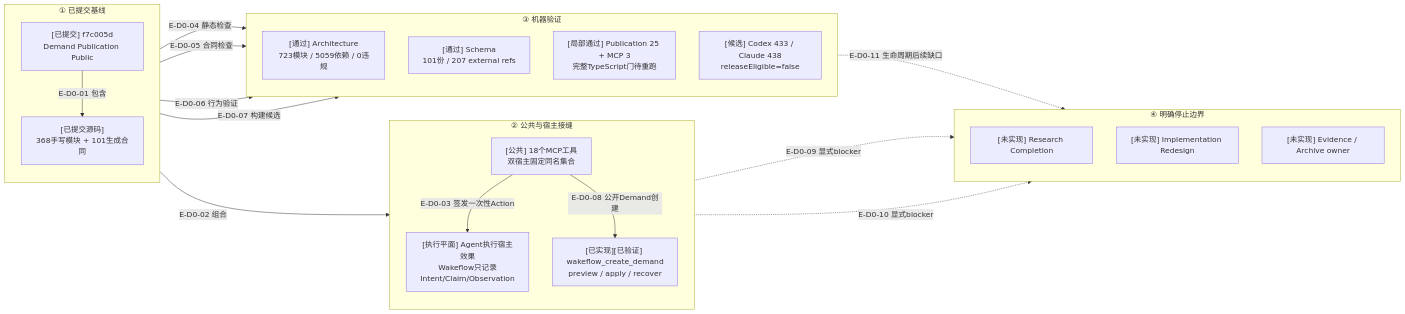
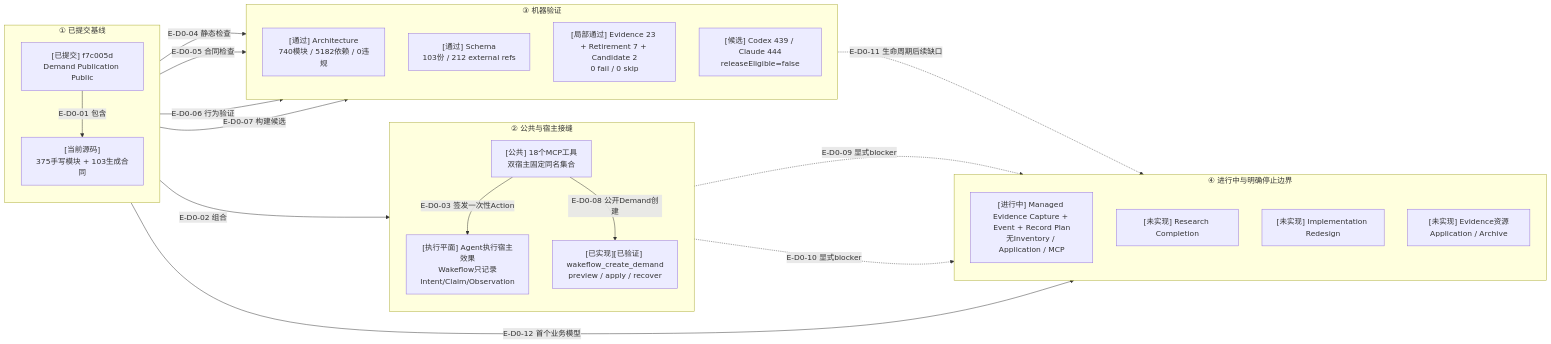
One commit to GxFn/Wakeflow changed the diagram in wakeflow-architecture-atlas/maps/01-overall-architecture/review-evidence.md. Above: the diagram before and after it, drawn with Mermaid. The commit also changed other lines of this file and 23 other files, not shown here.

Commit message:
docs: update architecture atlas for managed evidence foundation

````diff
--- a/wakeflow-architecture-atlas/maps/01-overall-architecture/review-evidence.md
+++ b/wakeflow-architecture-atlas/maps/01-overall-architecture/review-evidence.md
@@ -34,45 +34,47 @@
 ```mermaid
 flowchart LR
-  accTitle: Wakeflow TypeScript治理骨干与Demand Publication提交影响
-  accDescr: 提交f7c005d在既有Foundation、Workspace与治理骨干上增加Demand Publication公共输入、零写Planning、exact-plan Application、公开Schema和第十八个MCP工具。Codex与Claude Code固定组合相同能力，聚焦验证通过但当前完整TypeScript门尚未重跑；Research、Redesign与Archive保持停止边界。
+  accTitle: Wakeflow TypeScript治理骨干与Managed Evidence Capture Event工作树影响
+  accDescr: 提交f7c005d已闭合第十八个Demand Publication工具；当前工作树新增真实evidence ID、Manifest、author-owned本地source selection、零写file/tree capture Planning、Event与Aggregate selector，但尚无资源Application或公共工具。Research、Redesign与Archive继续保持停止边界。
 
   subgraph BASELINE["① 已提交基线"]
     direction TB
     HEAD["[已提交] f7c005d\nDemand Publication Public"]
-    SOURCE["[已提交源码]\n368手写模块 + 101生成合同"]
+    SOURCE["[当前源码]\n375手写模块 + 103生成合同"]
   end
 
   subgraph PUBLIC["② 公共与宿主接缝"]
     direction TB
     MCP["[公共] 18个MCP工具\n双宿主固定同名集合"]
     PUBLICATION["[已实现][已验证] wakeflow_create_demand\npreview / apply / recover"]
     HOST["[执行平面] Agent执行宿主效果\nWakeflow只记录Intent/Claim/Observation"]
   end
 
   subgraph EVIDENCE["③ 机器验证"]
     direction TB
-    ARCH["[通过] Architecture\n723模块 / 5059依赖 / 0违规"]
-    SCHEMA["[通过] Schema\n101份 / 207 external refs"]
-    TESTS["[局部通过] Publication 25 + MCP 3\n完整TypeScript门待重跑"]
-    CANDIDATE["[候选] Codex 433 / Claude 438\nreleaseEligible=false"]
+    ARCH["[通过] Architecture\n740模块 / 5182依赖 / 0违规"]
+    SCHEMA["[通过] Schema\n103份 / 212 external refs"]
+    TESTS["[局部通过] Evidence 23 + Retirement 7 + Candidate 2\n0 fail / 0 skip"]
+    CANDIDATE["[候选] Codex 439 / Claude 444\nreleaseEligible=false"]
   end
 
-  subgraph GAPS["④ 明确停止边界"]
+  subgraph GAPS["④ 进行中与明确停止边界"]
     direction TB
+    MANAGED_EVIDENCE["[进行中] Managed Evidence Capture + Event + Record Plan\n无Inventory / Application / MCP"]
     RESEARCH["[未实现] Research Completion"]
     REDESIGN["[未实现] Implementation Redesign"]
-    ARCHIVE["[未实现] Evidence / Archive owner"]
+    ARCHIVE["[未实现] Evidence资源Application / Archive"]
   end
 
   HEAD -->|"E-D0-01 包含"| SOURCE
   SOURCE -->|"E-D0-02 组合"| MCP
   MCP -->|"E-D0-03 签发一次性Action"| HOST
   SOURCE -->|"E-D0-04 静态检查"| ARCH
   SOURCE -->|"E-D0-05 合同检查"| SCHEMA
   SOURCE -->|"E-D0-06 行为验证"| TESTS
   SOURCE -->|"E-D0-07 构建候选"| CANDIDATE
+  SOURCE -->|"E-D0-12 首个业务模型"| MANAGED_EVIDENCE
   MCP -->|"E-D0-08 公开Demand创建"| PUBLICATION
   MCP -.->|"E-D0-09 显式blocker"| RESEARCH
   MCP -.->|"E-D0-10 显式blocker"| REDESIGN
   CANDIDATE -.->|"E-D0-11 生命周期后续缺口"| ARCHIVE
 ```
````
